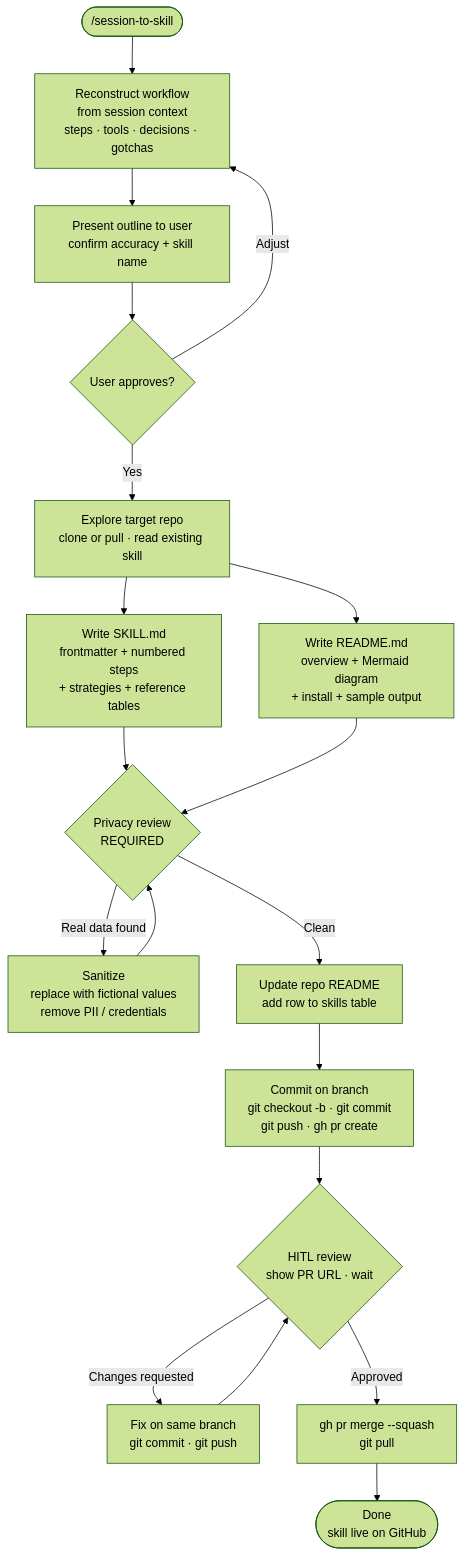
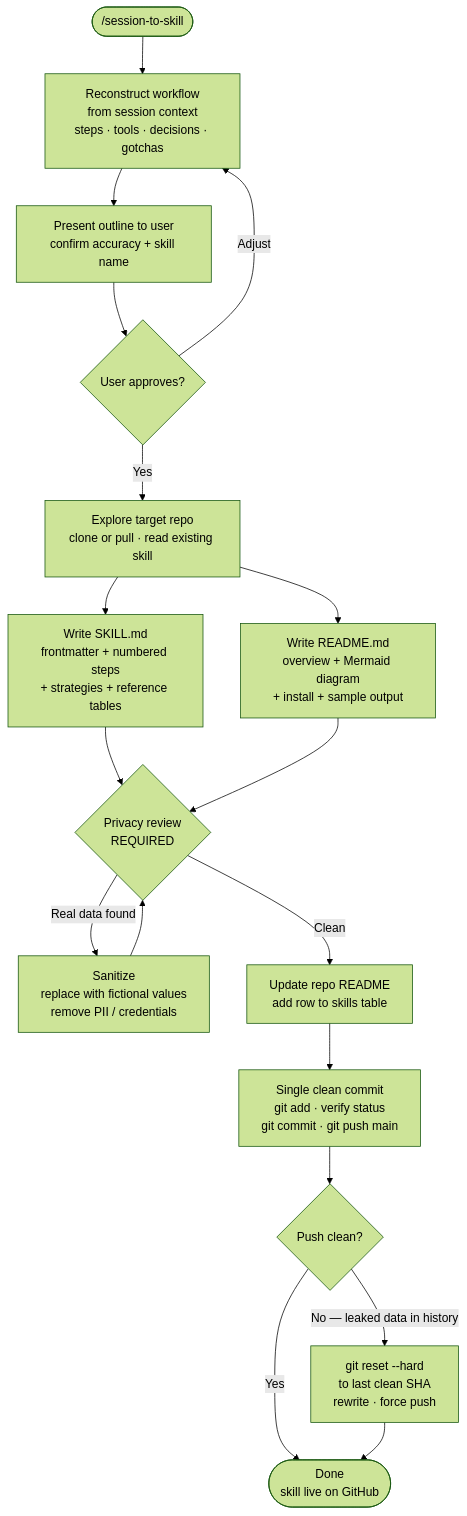
One commit to biomystery/claude-skills changed the diagram in session-to-skill/README.md. Above: the diagram before and after it, drawn with Mermaid (forest theme). The commit also changed 1 other file, not shown here.

Commit message:
revert session-to-skill to direct push — only skill-auditor uses PR+HITL
session-to-skill is designed for uninterrupted capture at session end;
reverting to single clean commit pushed directly to main. Only
skill-auditor (multi-file audit with themed issues) warrants a PR
and human review gate before merging.

````diff
--- a/session-to-skill/README.md
+++ b/session-to-skill/README.md
@@ -16,27 +16,25 @@
 ```mermaid
 flowchart TD
     A(["/session-to-skill"]) --> B[Reconstruct workflow\nfrom session context\nsteps · tools · decisions · gotchas]
     B --> C[Present outline to user\nconfirm accuracy + skill name]
     C --> D{User approves?}
     D -->|Adjust| B
     D -->|Yes| E[Explore target repo\nclone or pull · read existing skill]
 
     E --> F[Write SKILL.md\nfrontmatter + numbered steps\n+ strategies + reference tables]
     E --> G[Write README.md\noverview + Mermaid diagram\n+ install + sample output]
 
     F --> H{Privacy review\nREQUIRED}
     G --> H
 
     H -->|Real data found| I[Sanitize\nreplace with fictional values\nremove PII / credentials]
     I --> H
     H -->|Clean| J[Update repo README\nadd row to skills table]
 
-    J --> K[Commit on branch\ngit checkout -b · git commit\ngit push · gh pr create]
+    J --> K[Single clean commit\ngit add · verify status\ngit commit · git push main]
 
-    K --> L{HITL review\nshow PR URL · wait}
-    L -->|Changes requested| M[Fix on same branch\ngit commit · git push]
-    M --> L
-    L -->|Approved| N[gh pr merge --squash\ngit pull]
-
-    N --> O(["Done\nskill live on GitHub"])
+    K --> L{Push clean?}
+    L -->|Yes| M(["Done\nskill live on GitHub"])
+    L -->|No — leaked data in history| N["git reset --hard\nto last clean SHA\nrewrite · force push"]
+    N --> M
 ```
````
